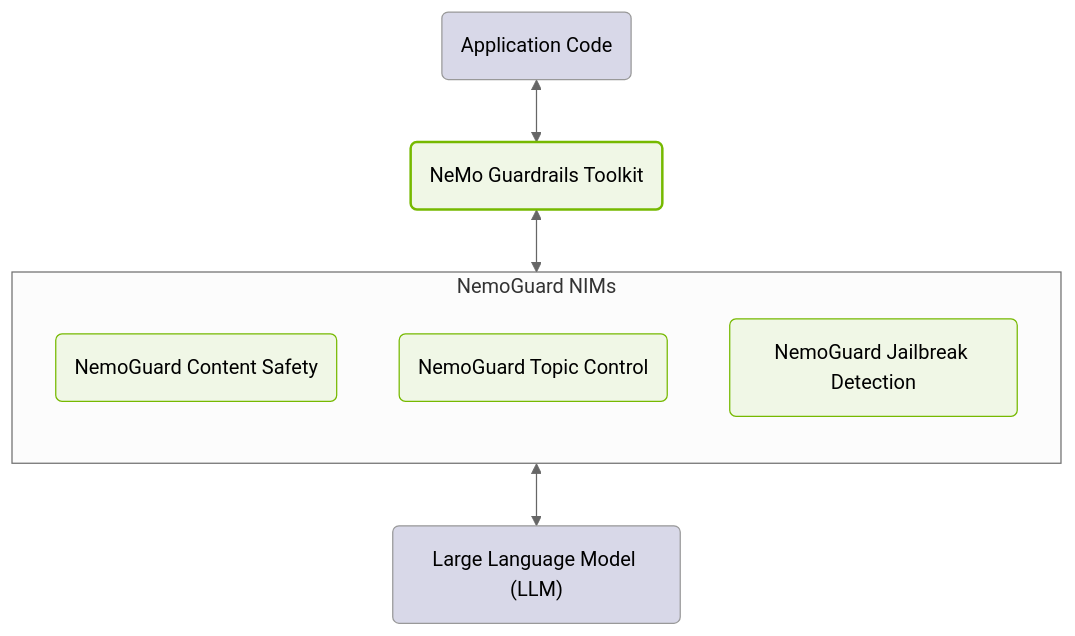
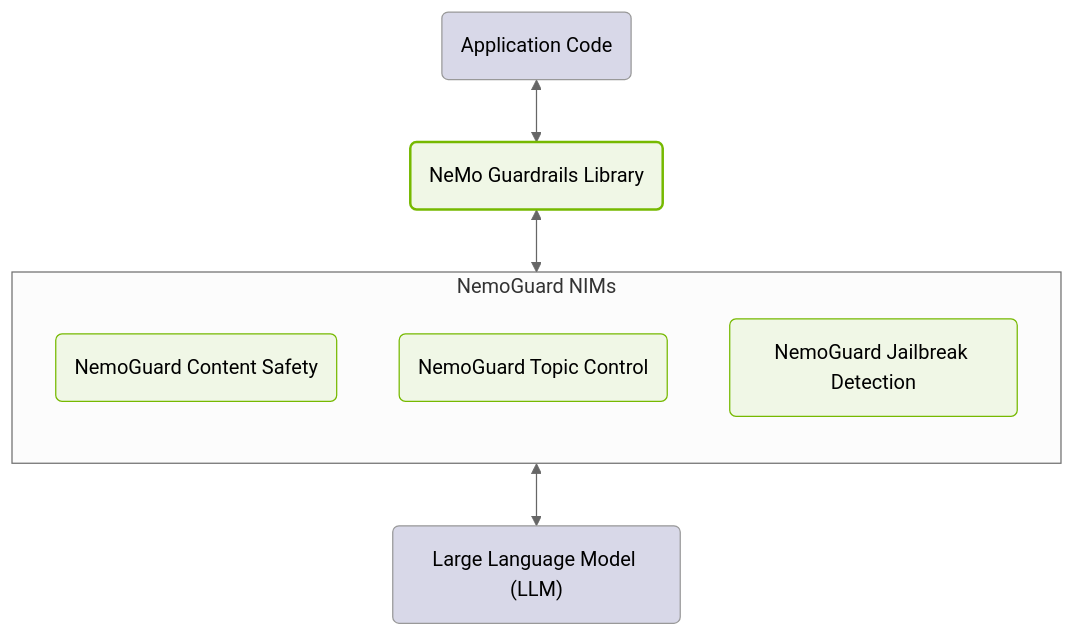
One commit to red-hat-data-services/NeMo-Guardrails changed the diagram in docs/about/overview.md. Above: the diagram before and after it, drawn with Mermaid. The commit also changed other lines of this file and 42 other files, not shown here.

First line of the commit message:
docs: PM updates to Guardrails library docs (#1543)

````diff
--- a/docs/about/overview.md
+++ b/docs/about/overview.md
@@ -15,27 +15,27 @@
 ```{mermaid}
 %%{init: {'theme': 'neutral', 'themeVariables': { 'background': 'transparent' }}}%%
 
 flowchart TB
   A("Application Code")
-  B("NeMo Guardrails Toolkit")
+  B("NeMo Guardrails Library")
   C("Large Language Model (LLM)")
 
   A <--> B
 
 subgraph NemoGuard["NemoGuard NIMs"]
   direction TB
   D("NemoGuard Content Safety")
   E("NemoGuard Topic Control")
   F("NemoGuard Jailbreak Detection")
 end
 
   B <--> NemoGuard
   NemoGuard <--> C
 
   style A fill:#d8d8e8,stroke:#999
   style B fill:#f0f7e6,stroke:#76b900,stroke-width:2px
   style C fill:#d8d8e8,stroke:#999
   style D fill:#f0f7e6,stroke:#76b900
   style E fill:#f0f7e6,stroke:#76b900
   style F fill:#f0f7e6,stroke:#76b900
 ```
````
